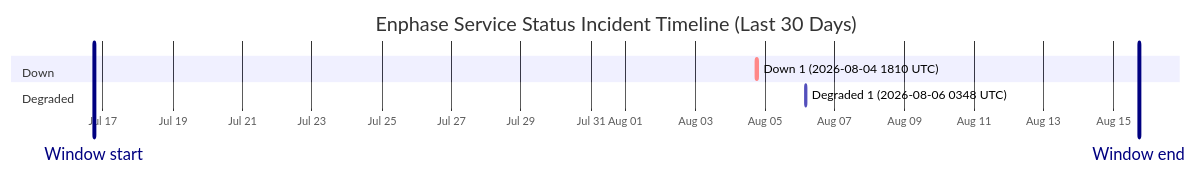
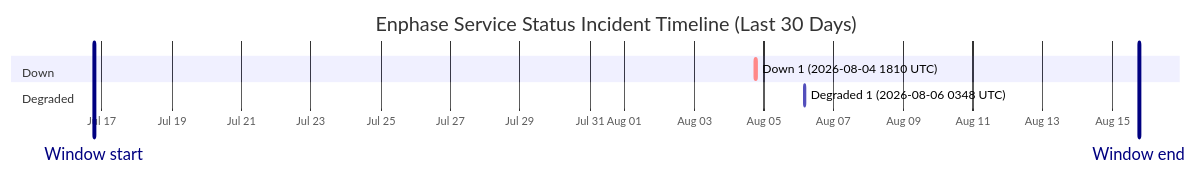
The diagram in wiki/Service-Status-History.md (barneyonline/ha-enphase-energy), drawn with Mermaid before and after one commit. The commit also changed other lines of this file and 3 other files, not shown here.

````diff
--- a/wiki/Service-Status-History.md
+++ b/wiki/Service-Status-History.md
@@ -14,12 +14,12 @@
 ```mermaid
 gantt
     title Enphase Service Status Incident Timeline (Last 30 Days)
     dateFormat  YYYY-MM-DDTHH:mm:ss
     axisFormat  %b %d
-    Window start :vert, window-start, 2026-07-16T17:44:29, 0ms
-    Window end :vert, window-end, 2026-08-15T17:44:29, 0ms
+    Window start :vert, window-start, 2026-07-16T18:26:04, 0ms
+    Window end :vert, window-end, 2026-08-15T18:26:04, 0ms
     section Down
     Down 1 (2026-08-04 1810 UTC) :crit, down-1, 2026-08-04T18:10:46, 60m
     section Degraded
     Degraded 1 (2026-08-06 0348 UTC) :active, degraded-1, 2026-08-06T03:48:14, 60m
 ```
````
